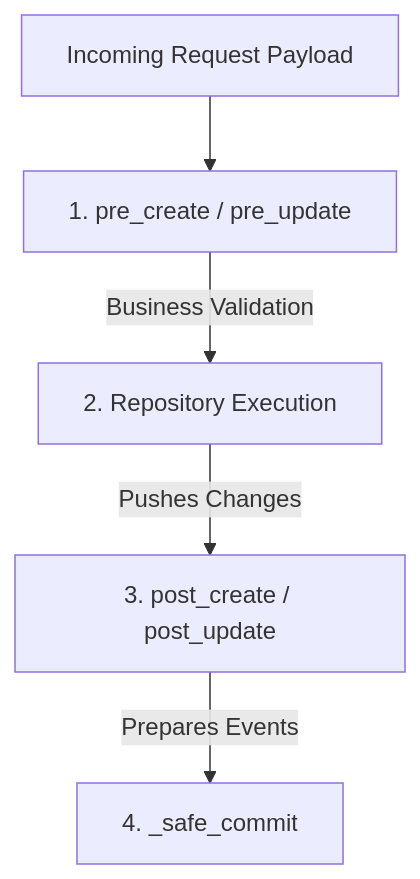
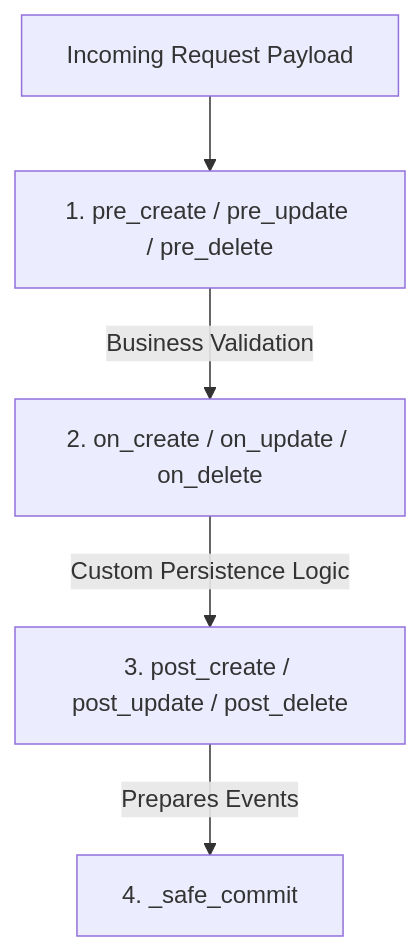
The diagram in docs/features/database/service.md (fastapi-zcore-framework/zcore), drawn with Mermaid before and after one commit. The commit also changed other lines of this file and 4 other files, not shown here.

````diff
--- a/docs/features/database/service.md
+++ b/docs/features/database/service.md
@@ -11,7 +13,7 @@
 ```mermaid
 flowchart TD
-    Input[Incoming Request Payload] --> Pre[1. pre_create / pre_update]
-    Pre -->|Business Validation| RepoCall[2. Repository Execution]
-    RepoCall -->|Pushes Changes| Post[3. post_create / post_update]
+    Input[Incoming Request Payload] --> Pre[1. pre_create / pre_update / pre_delete]
+    Pre -->|Business Validation| On[2. on_create / on_update / on_delete]
+    On -->|Custom Persistence Logic| Post[3. post_create / post_update / post_delete]
     Post -->|Prepares Events| Commit[4. _safe_commit]
 ```
````
